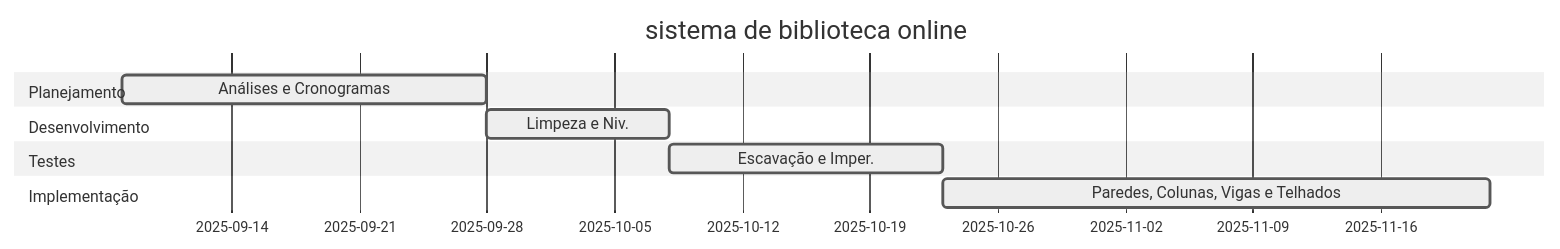
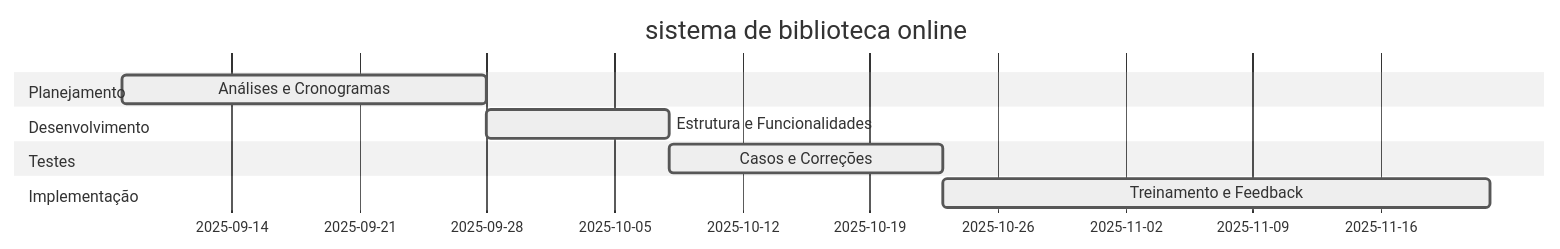
The diagram in README.md (LucasBParada/atv-gantt-biblioteca), drawn with Mermaid (neutral theme) before and after one commit.

````diff
--- a/README.md
+++ b/README.md
@@ -1,17 +1,17 @@
 ```mermaid
 gantt
     title sistema de biblioteca online
     dateFormat YYYY-MM-DD
 
     section Planejamento
     Análises e Cronogramas :active, a1, 2025-09-08, 20d
 
     section Desenvolvimento
-    Limpeza e Niv. :active, a2, after a1, 10d
+    Estrutura e Funcionalidades :active, a2, after a1, 10d
 
     section Testes
-    Escavação e Imper. :active, a3, after a2, 15d
+    Casos e Correções :active, a3, after a2, 15d
 
     section Implementação
-    Paredes, Colunas, Vigas e Telhados :active, a4, after a3, 30d
+    Treinamento e Feedback :active, a4, after a3, 30d
 ```
````
